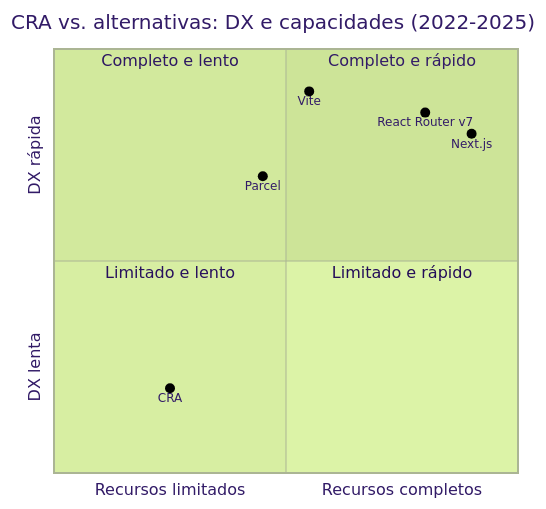
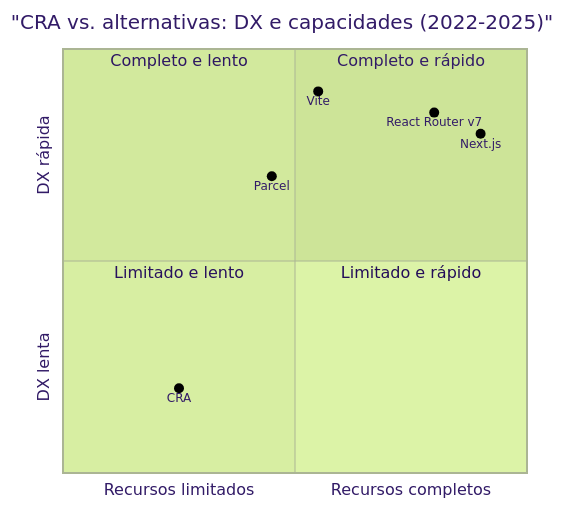
One commit to josenaldo/codex-technomanticus changed the sixth of 10 diagrams in 03-Dominios/Tecnologia/Tooling e Build/12 - Create React App e a era dos scaffolders.md. Above: the diagram before and after it, drawn with Mermaid (forest theme). The commit also changed 30 other files, not shown here.

First line of the commit message:
fix(diagramas): 22 diagramas que não renderizavam por erro de sintaxe

````diff
--- a/03-Dominios/Tecnologia/Tooling e Build/12 - Create React App e a era dos scaffolders.md
+++ b/03-Dominios/Tecnologia/Tooling e Build/12 - Create React App e a era dos scaffolders.md
@@ -291,16 +291,16 @@
 ```mermaid
 quadrantChart
-    title CRA vs. alternativas: DX e capacidades (2022-2025)
-    x-axis Recursos limitados --> Recursos completos
-    y-axis DX lenta --> DX rápida
-    quadrant-1 Completo e rápido
-    quadrant-2 Completo e lento
-    quadrant-3 Limitado e lento
-    quadrant-4 Limitado e rápido
+    title "CRA vs. alternativas: DX e capacidades (2022-2025)"
+    x-axis "Recursos limitados" --> "Recursos completos"
+    y-axis "DX lenta" --> "DX rápida"
+    quadrant-1 "Completo e rápido"
+    quadrant-2 "Completo e lento"
+    quadrant-3 "Limitado e lento"
+    quadrant-4 "Limitado e rápido"
 
-    CRA: [0.25, 0.20]
-    Vite: [0.55, 0.90]
-    Next.js: [0.90, 0.80]
-    React Router v7: [0.80, 0.85]
-    Parcel: [0.45, 0.70]
+    "CRA": [0.25, 0.20]
+    "Vite": [0.55, 0.90]
+    "Next.js": [0.90, 0.80]
+    "React Router v7": [0.80, 0.85]
+    "Parcel": [0.45, 0.70]
 ```
````
